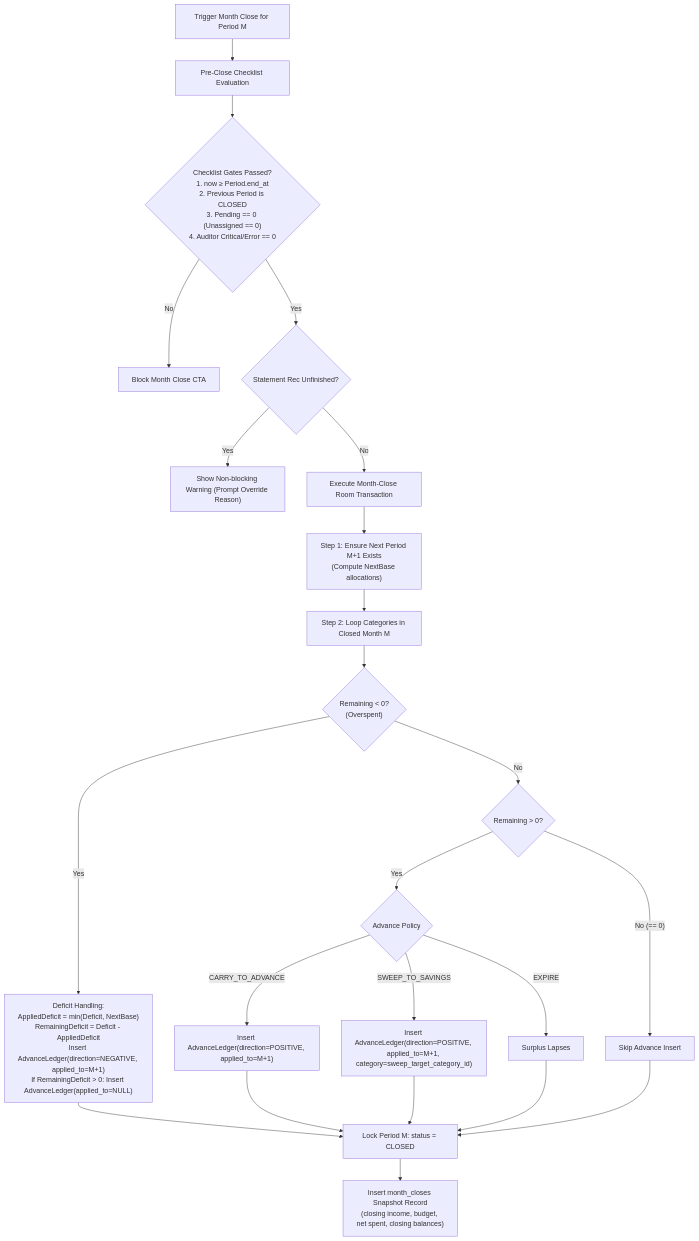
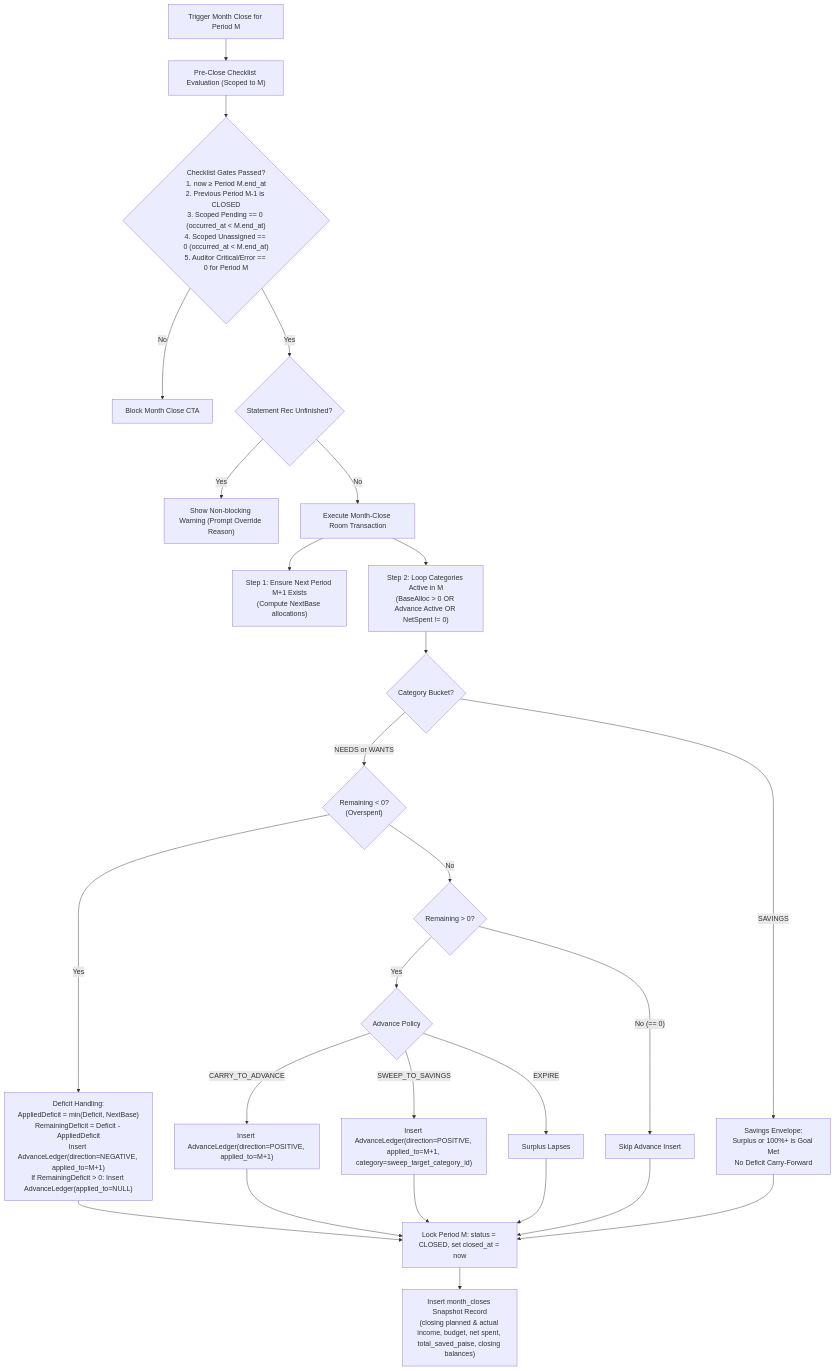
Before and after one commit to Ganesh1110/Tap_Ledger: the fifth of 7 diagrams in Flow.md, drawn with Mermaid. The commit also changed other lines of this file, not shown here.

````diff
--- a/Flow.md
+++ b/Flow.md
@@ -419,30 +493,34 @@
 ```mermaid
 flowchart TD
-    A["Trigger Month Close for Period M"] --> B["Pre-Close Checklist Evaluation"]
-    B --> C{"Checklist Gates Passed?\n1. now ≥ Period.end_at\n2. Previous Period is CLOSED\n3. Pending == 0 (Unassigned == 0)\n4. Auditor Critical/Error == 0"}
+    A["Trigger Month Close for Period M"] --> B["Pre-Close Checklist Evaluation (Scoped to M)"]
+    B --> C{"Checklist Gates Passed?\n1. now ≥ Period M.end_at\n2. Previous Period M-1 is CLOSED\n3. Scoped Pending == 0 (occurred_at < M.end_at)\n4. Scoped Unassigned == 0 (occurred_at < M.end_at)\n5. Auditor Critical/Error == 0 for Period M"}
     C -- No --> D["Block Month Close CTA"]
     C -- Yes --> E{"Statement Rec Unfinished?"}
     E -- Yes --> F["Show Non-blocking Warning (Prompt Override Reason)"]
     E -- No --> G["Execute Month-Close Room Transaction"]
 
     G --> H["Step 1: Ensure Next Period M+1 Exists\n(Compute NextBase allocations)"]
-    H --> I["Step 2: Loop Categories in Closed Month M"]
+    G --> I["Step 2: Loop Categories Active in M\n(BaseAlloc > 0 OR Advance Active OR NetSpent != 0)"]
 
-    I --> J{"Remaining < 0?\n(Overspent)"}
-    J -- Yes --> K["Deficit Handling:\nAppliedDeficit = min(Deficit, NextBase)\nRemainingDeficit = Deficit - AppliedDeficit\nInsert AdvanceLedger(direction=NEGATIVE, applied_to=M+1)\nIf RemainingDeficit > 0: Insert AdvanceLedger(applied_to=NULL)"]
+    I --> J{"Category Bucket?"}
+    J -- SAVINGS --> K["Savings Envelope:\nSurplus or 100%+ is Goal Met\nNo Deficit Carry-Forward"]
+    J -- NEEDS or WANTS --> L{"Remaining < 0?\n(Overspent)"}
 
-    J -- No --> L{"Remaining > 0?"}
-    L -- No (== 0) --> M["Skip Advance Insert"]
-    L -- Yes --> N{"Advance Policy"}
-    N -- CARRY_TO_ADVANCE --> O["Insert AdvanceLedger(direction=POSITIVE, applied_to=M+1)"]
-    N -- SWEEP_TO_SAVINGS --> P["Insert AdvanceLedger(direction=POSITIVE, applied_to=M+1, category=sweep_target_category_id)"]
-    N -- EXPIRE --> Q["Surplus Lapses"]
+    L -- Yes --> M["Deficit Handling:\nAppliedDeficit = min(Deficit, NextBase)\nRemainingDeficit = Deficit - AppliedDeficit\nInsert AdvanceLedger(direction=NEGATIVE, applied_to=M+1)\nIf RemainingDeficit > 0: Insert AdvanceLedger(applied_to=NULL)"]
 
-    K --> R["Lock Period M: status = CLOSED"]
-    O --> R
-    P --> R
-    Q --> R
-    M --> R
+    L -- No --> N{"Remaining > 0?"}
+    N -- No (== 0) --> O["Skip Advance Insert"]
+    N -- Yes --> P{"Advance Policy"}
+    P -- CARRY_TO_ADVANCE --> Q["Insert AdvanceLedger(direction=POSITIVE, applied_to=M+1)"]
+    P -- SWEEP_TO_SAVINGS --> R["Insert AdvanceLedger(direction=POSITIVE, applied_to=M+1, category=sweep_target_category_id)"]
+    P -- EXPIRE --> S["Surplus Lapses"]
 
-    R --> S["Insert month_closes Snapshot Record\n(closing income, budget, net spent, closing balances)"]
+    M --> T["Lock Period M: status = CLOSED, set closed_at = now"]
+    Q --> T
+    R --> T
+    S --> T
+    O --> T
+    K --> T
+
+    T --> U["Insert month_closes Snapshot Record\n(closing planned & actual income, budget, net spent, total_saved_paise, closing balances)"]
 ```
````
